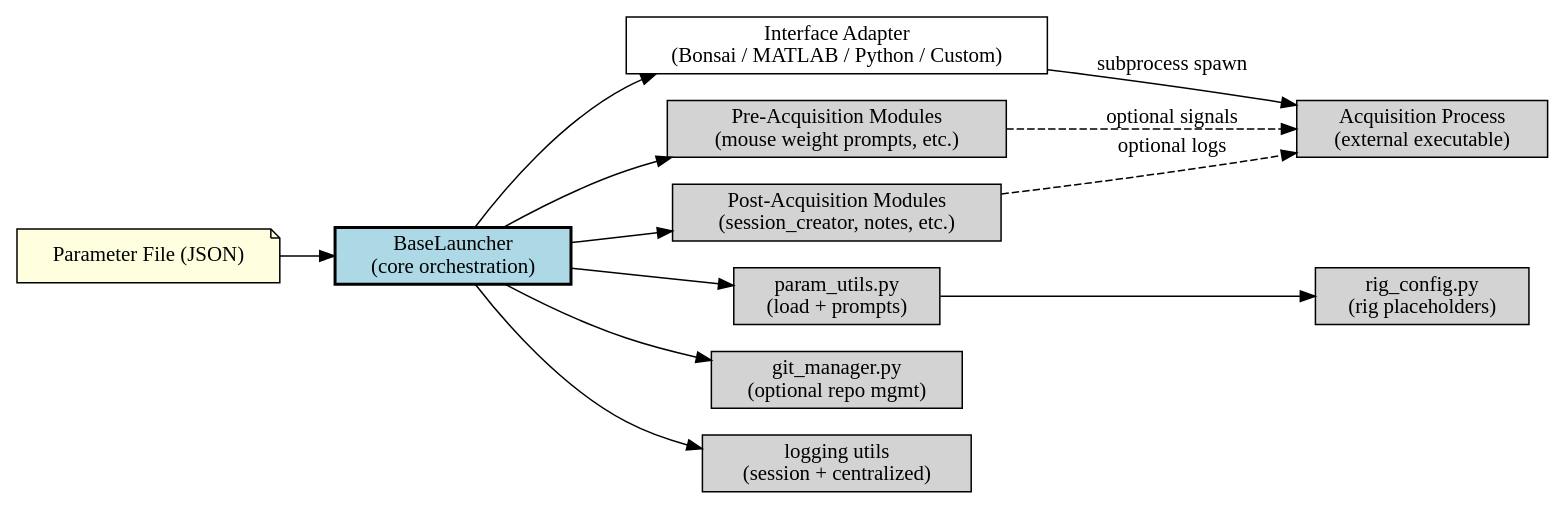
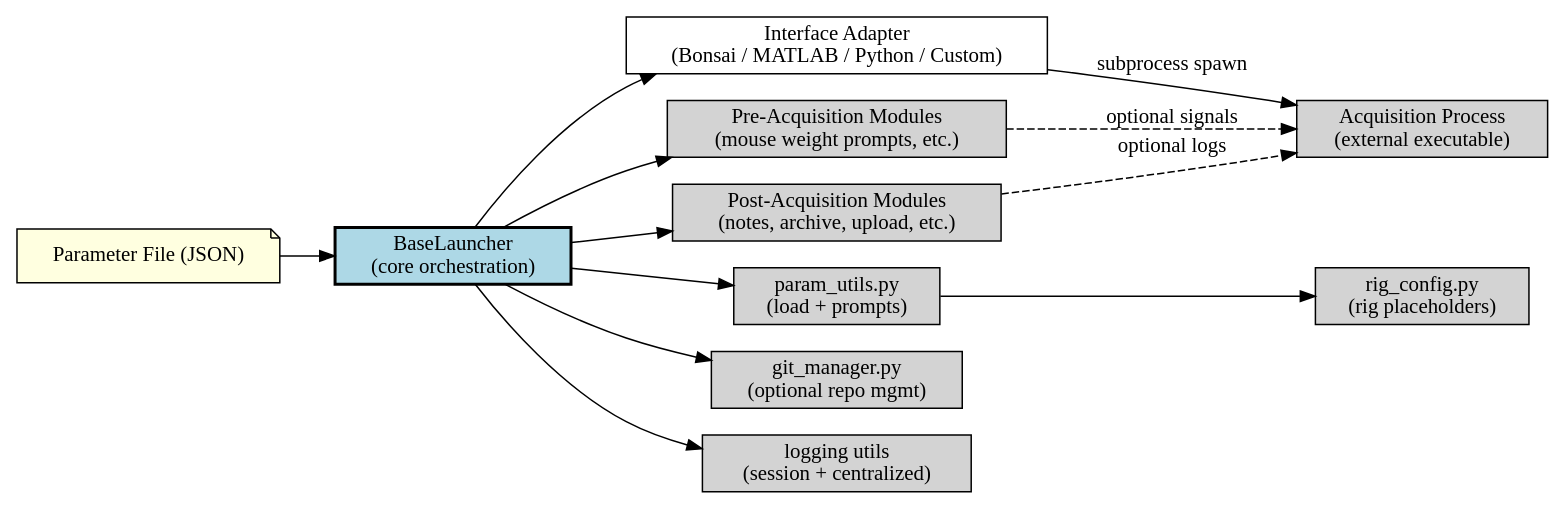
One commit to AllenNeuralDynamics/openscope-experimental-launcher changed the second of 2 diagrams in docs/source/architecture.rst. Above: the diagram before and after it, drawn with Graphviz. The commit also changed other lines of this file and 22 other files, not shown here.

```diff
--- a/docs/source/architecture.rst
+++ b/docs/source/architecture.rst
@@ -40,37 +40,37 @@
 .. graphviz::
 
    digraph launcher_architecture {
        rankdir=LR;
        node [shape=box, style=filled, fillcolor=lightgray];
 
        # Core entities
        ParamFile [label="Parameter File (JSON)", shape=note, fillcolor=lightyellow];
        BaseLauncher [label="BaseLauncher\n(core orchestration)", fillcolor=lightblue, style="filled,bold"];
        InterfaceAdapter [label="Interface Adapter\n(Bonsai / MATLAB / Python / Custom)", fillcolor=white, style="filled"];
    PreModules [label="Pre-Acquisition Modules\n(mouse weight prompts, etc.)"];
-       PostModules [label="Post-Acquisition Modules\n(session_creator, notes, etc.)"];
+      PostModules [label="Post-Acquisition Modules\n(notes, archive, upload, etc.)"];
        AcquisitionProc [label="Acquisition Process\n(external executable)"];
 
        # Utilities
        ParamUtils [label="param_utils.py\n(load + prompts)"];
        RigConfig [label="rig_config.py\n(rig placeholders)"];
        GitManager [label="git_manager.py\n(optional repo mgmt)"];
        Logging [label="logging utils\n(session + centralized)"];
 
        # Relationships
        ParamFile -> BaseLauncher;
        BaseLauncher -> ParamUtils;
        ParamUtils -> RigConfig;
        BaseLauncher -> PreModules;
        BaseLauncher -> InterfaceAdapter;
        InterfaceAdapter -> AcquisitionProc [label="subprocess spawn"];
        BaseLauncher -> PostModules;
        BaseLauncher -> GitManager;
        BaseLauncher -> Logging;
        PreModules -> AcquisitionProc [style=dashed, label="optional signals"];
        PostModules -> AcquisitionProc [style=dashed, label="optional logs"];
 
        # Pre and post remain independent
        PreModules [group=pre];
        PostModules [group=post];
    }
```
